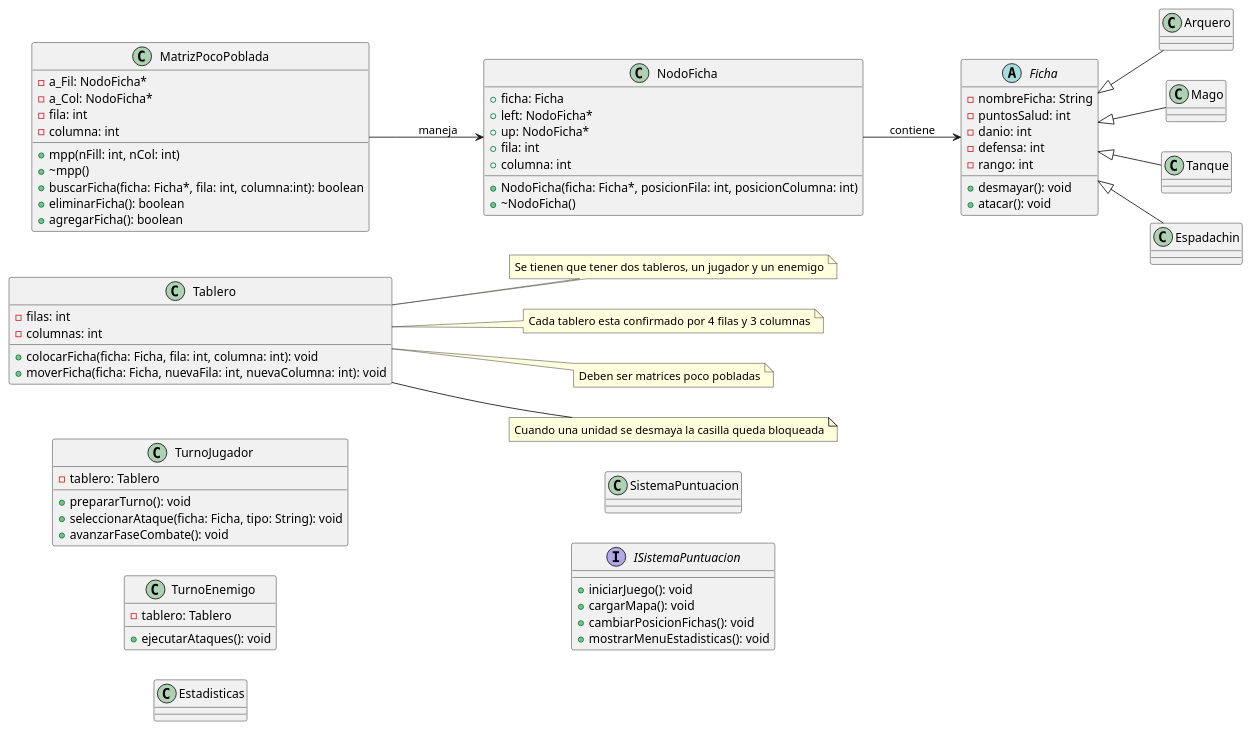
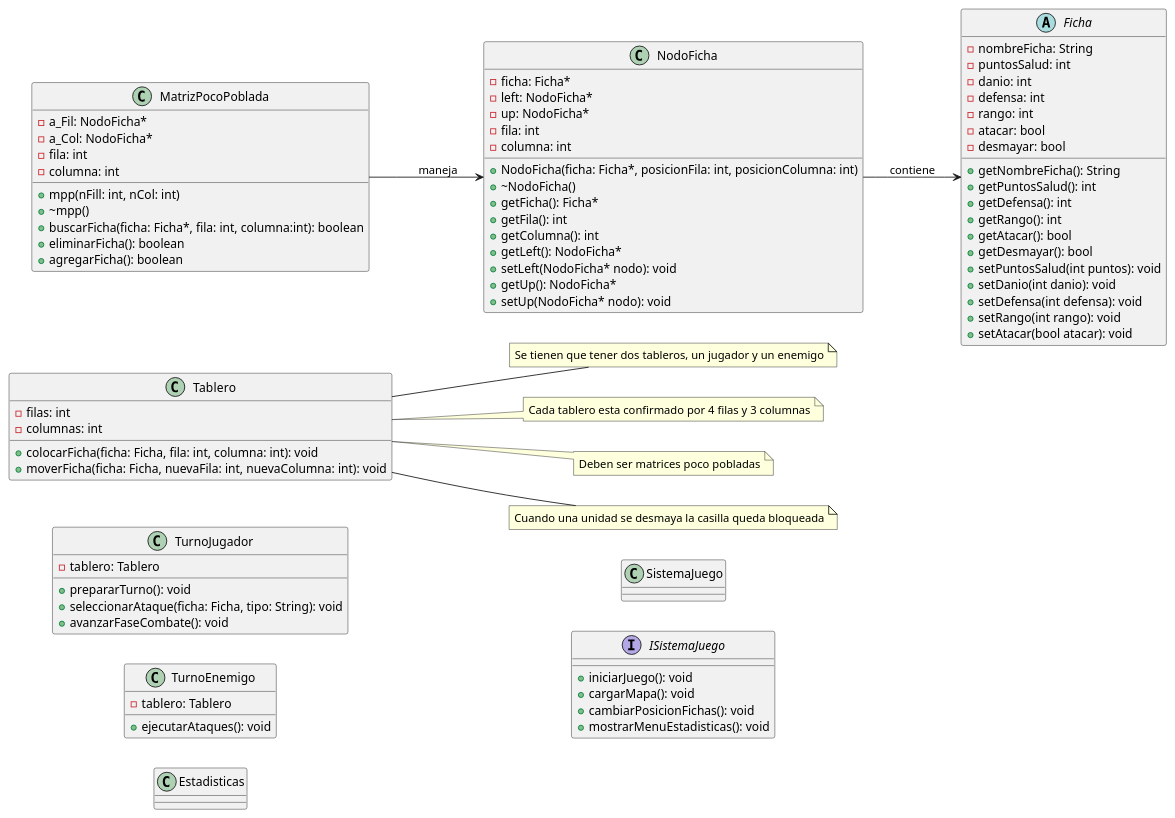
The diagram in DiagramaDeClases.puml (FelipeRojoC/CLION_Taller1_FelipeRojo), drawn with PlantUML before and after one commit. The commit also changed 16 other files, not shown here.

Commit message:
Ficha y Nodo Implementada, corregido en el digrama de clases

```diff
--- a/DiagramaDeClases.puml
+++ b/DiagramaDeClases.puml
@@ -1,96 +1,105 @@
 @startuml
 
 left to right direction
 
 class Tablero{
     - filas: int
     - columnas: int
     + colocarFicha(ficha: Ficha, fila: int, columna: int): void
     + moverFicha(ficha: Ficha, nuevaFila: int, nuevaColumna: int): void
 }
 
-abstract Ficha{
+abstract class Ficha {
     - nombreFicha: String
     - puntosSalud: int
     - danio: int
     - defensa: int
     - rango: int
-    + desmayar(): void
-    + atacar(): void
+    - atacar: bool
+    - desmayar: bool
+    + getNombreFicha(): String
+    + getPuntosSalud(): int
+    + getDefensa(): int
+    + getRango(): int
+    + getAtacar(): bool
+    + getDesmayar(): bool
+    + setPuntosSalud(int puntos): void
+    + setDanio(int danio): void
+    + setDefensa(int defensa): void
+    + setRango(int rango): void
+    + setAtacar(bool atacar): void
 }
 
 class NodoFicha{
-    + ficha: Ficha
-    + left: NodoFicha*
-    + up: NodoFicha*
-    + fila: int
-    + columna: int
+    - ficha: Ficha*
+    - left: NodoFicha*
+    - up: NodoFicha*
+    - fila: int
+    - columna: int
     + NodoFicha(ficha: Ficha*, posicionFila: int, posicionColumna: int)
     + ~NodoFicha()
+    + getFicha(): Ficha*
+    + getFila(): int
+    + getColumna(): int
+    + getLeft(): NodoFicha*
+    + setLeft(NodoFicha* nodo): void
+    + getUp(): NodoFicha*
+    + setUp(NodoFicha* nodo): void
 }
 
 class MatrizPocoPoblada{
     - a_Fil: NodoFicha*
     - a_Col: NodoFicha*
     - fila: int
     - columna: int
     + mpp(nFill: int, nCol: int)
     + ~mpp()
     + buscarFicha(ficha: Ficha*, fila: int, columna:int): boolean
     + eliminarFicha(): boolean
     + agregarFicha(): boolean
 }
 
-
 class TurnoJugador{
     - tablero: Tablero
     + prepararTurno(): void
     + seleccionarAtaque(ficha: Ficha, tipo: String): void
     + avanzarFaseCombate(): void
 }
 
 class TurnoEnemigo{
     - tablero: Tablero
     + ejecutarAtaques(): void
 }
 
-
-class Estadisticas{
+class Estadisticas {
 
 }
 
-class SistemaPuntuacion{
+class SistemaJuego {
 
 }
 
-interface ISistemaPuntuacion{
+interface ISistemaJuego{
     + iniciarJuego(): void
     + cargarMapa(): void
     + cambiarPosicionFichas(): void
     + mostrarMenuEstadisticas(): void
 }
 
-'Notas
+' Notas
 note "Se tienen que tener dos tableros, un jugador y un enemigo" as N1
 note "Cada tablero esta confirmado por 4 filas y 3 columnas" as N2
 note "Deben ser matrices poco pobladas" as N3
 note "Cuando una unidad se desmaya la casilla queda bloqueada" as N4
 
-'Relaciones de notas
+' Relaciones de notas
 Tablero -- N1
 Tablero -- N2
 Tablero -- N3
 Tablero -- N4
 
-'Relaciones
-Ficha <|-- Arquero
-Ficha <|-- Mago
-Ficha <|-- Tanque
-Ficha <|-- Espadachin
 
-NodoFicha --> Ficha: contiene
-MatrizPocoPoblada --> NodoFicha: maneja
-
-
+NodoFicha --> Ficha : contiene
+MatrizPocoPoblada --> NodoFicha : maneja
 
 @enduml
```
